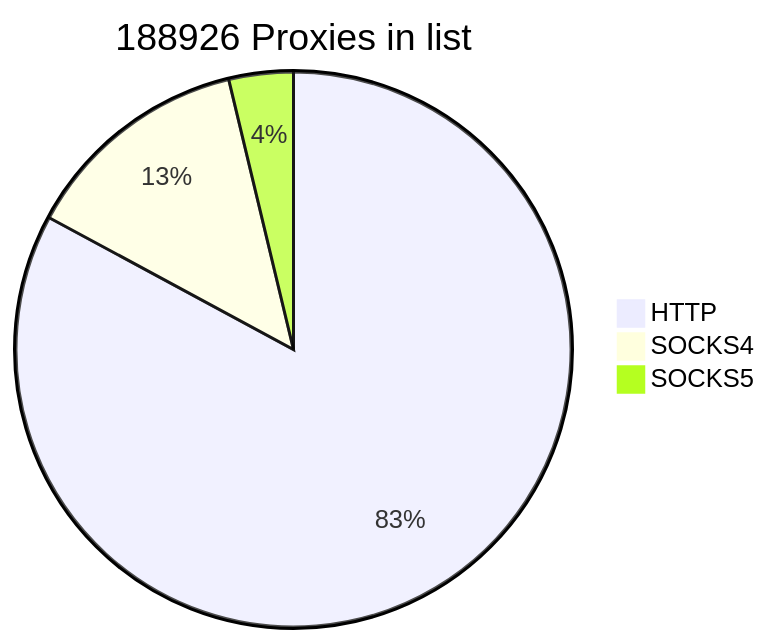
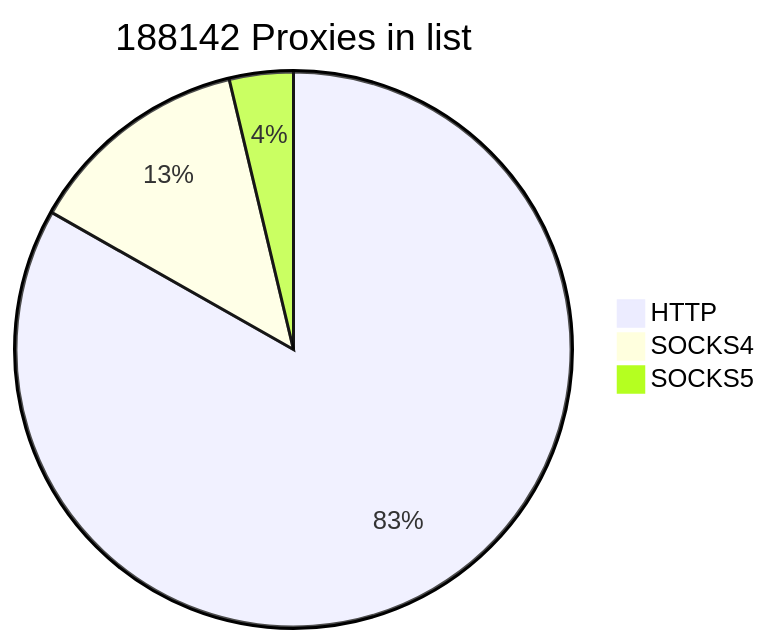
One commit to cutipu/proxylist changed the first of 2 diagrams in README.md. Above: the diagram before and after it, drawn with Mermaid. The commit also changed other lines of this file, not shown here.

````diff
--- a/README.md
+++ b/README.md
@@ -2,7 +2,7 @@
 ```mermaid
-pie title 188926 Proxies in list
-    "HTTP" : 156571
-    "SOCKS4" : 25275
-    "SOCKS5" : 7080
+pie title 188142 Proxies in list
+    "HTTP" : 156548
+    "SOCKS4" : 24600
+    "SOCKS5" : 6994
             
 ```
````
